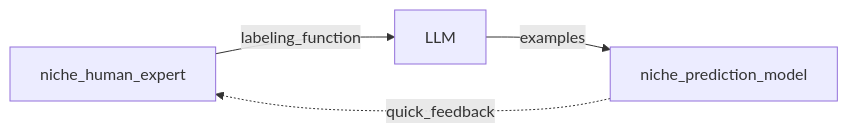
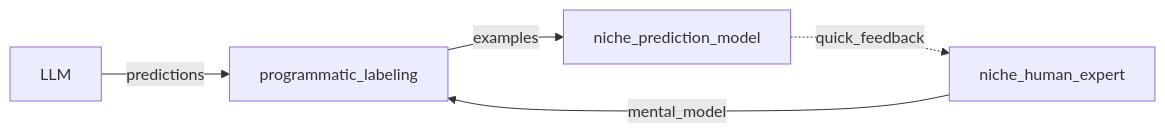
The second of 2 diagrams in tune_foundational_models/README.md (borisdev/research), drawn with Mermaid before and after one commit. The commit also changed other lines of this file, not shown here.

Commit message:
fine tune diagram

````diff
--- a/tune_foundational_models/README.md
+++ b/tune_foundational_models/README.md
@@ -30,5 +36,7 @@
 ```mermaid
 flowchart LR
-    niche_human_expert-- labeling_function --> LLM-- examples -->niche_prediction_model
+    LLM-- predictions -->programmatic_labeling
+    niche_human_expert-- mental_model -->programmatic_labeling
+    programmatic_labeling -- examples -->niche_prediction_model
     niche_prediction_model-. quick_feedback .-> niche_human_expert
 ```
````
